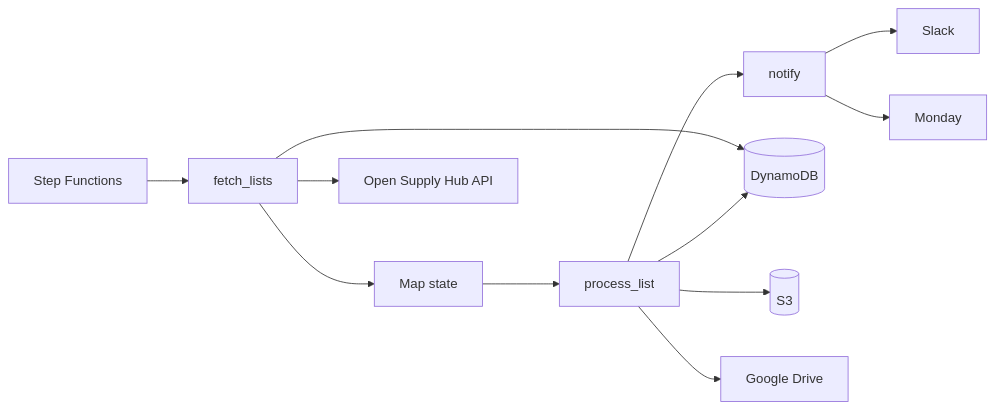
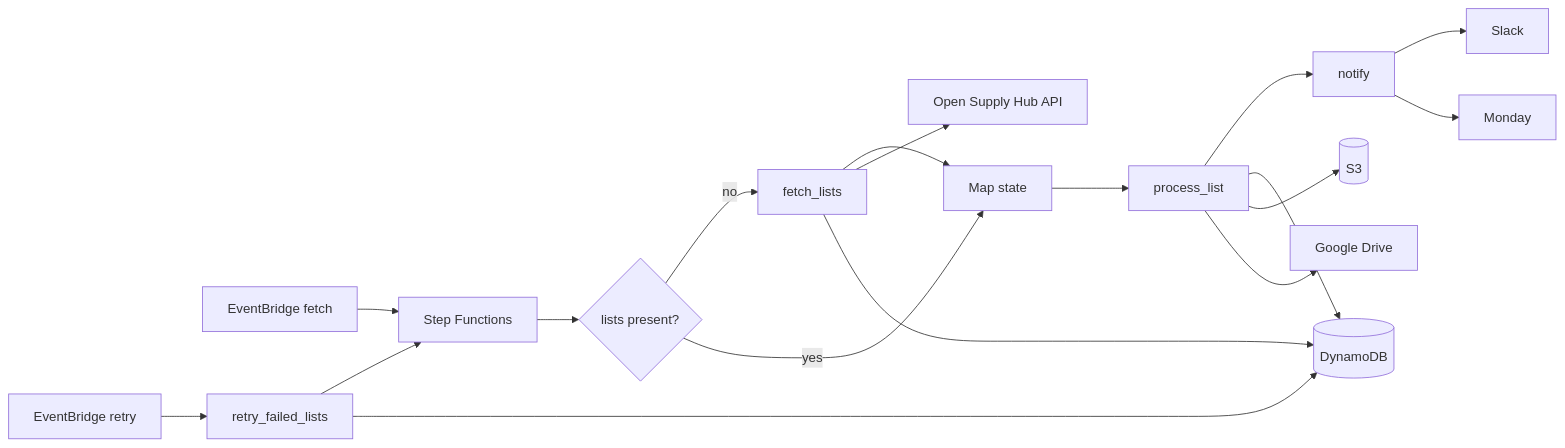
Before and after one commit to opensupplyhub/open-supply-hub: the diagram in src/contribot/README.md, drawn with Mermaid. The commit also changed other lines of this file and 16 other files, not shown here.

First line of the commit message:
[OSDEV-3187] Re-queue failed ContriBot facility lists without moving the fetch cursor.

````diff
--- a/src/contribot/README.md
+++ b/src/contribot/README.md
@@ -47,14 +50,20 @@
 ```mermaid
 flowchart LR
-  SFN[Step Functions] --> Fetch[fetch_lists]
-  Fetch --> Map[Map state]
+  ScheduleFetch[EventBridge fetch] --> SFN[Step Functions]
+  ScheduleRetry[EventBridge retry] --> Retry[retry_failed_lists]
+  Retry --> SFN
+  SFN --> Choice{lists present?}
+  Choice -->|no| Fetch[fetch_lists]
+  Choice -->|yes| Map[Map state]
+  Fetch --> Map
   Map --> Process[process_list]
   Process --> Notify[notify]
   Fetch --> API[Open Supply Hub API]
   Fetch --> DDB[(DynamoDB)]
+  Retry --> DDB
   Process --> DDB
   Process --> S3[(S3)]
   Process --> GDrive[Google Drive]
   Notify --> Slack[Slack]
   Notify --> Monday[Monday]
 ```
````
